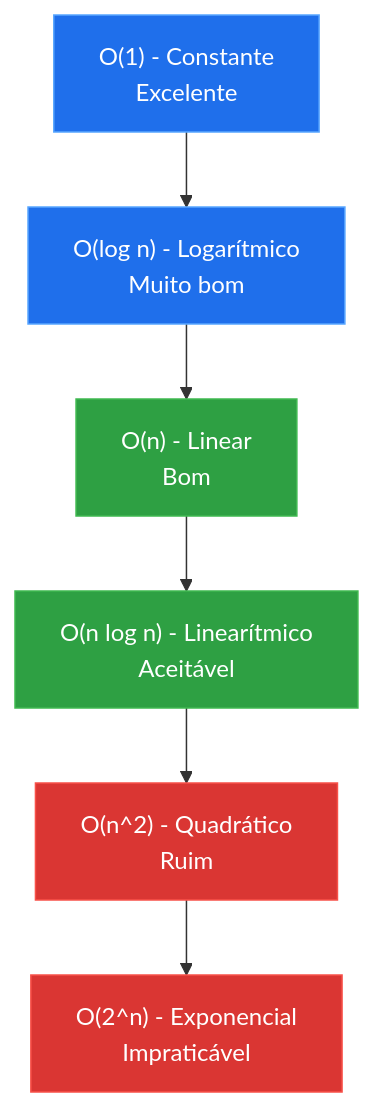
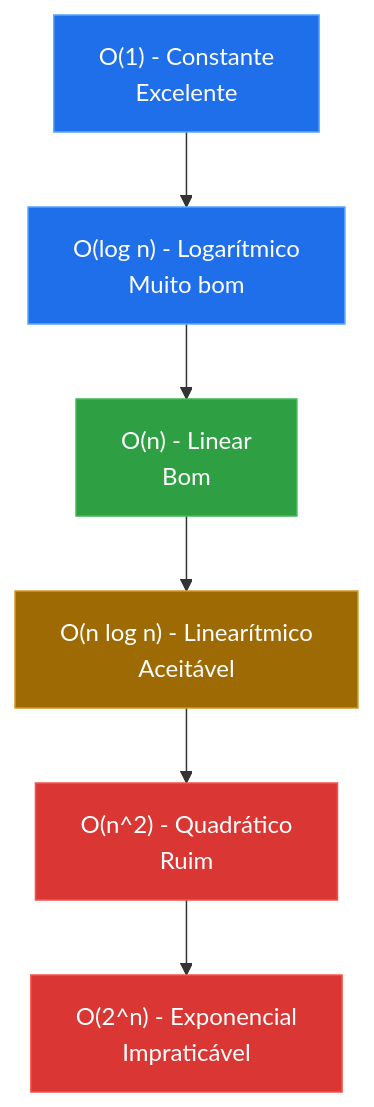
The first of 2 diagrams in site/src/content/posts/2026-04-03-2000-algoritmos-busca-ordenacao-com-big-o/index.md (nhmatsumoto/nhmatsumoto.github.io), drawn with Mermaid before and after one commit. The commit also changed other lines of this file and 11 other files, not shown here.

````diff
--- a/site/src/content/posts/2026-04-03-2000-algoritmos-busca-ordenacao-com-big-o/index.md
+++ b/site/src/content/posts/2026-04-03-2000-algoritmos-busca-ordenacao-com-big-o/index.md
@@ -30,17 +30,18 @@
 ```mermaid
 graph TD
     A["O(1) - Constante<br/>Excelente"] --> B["O(log n) - Logarítmico<br/>Muito bom"]
     B --> C["O(n) - Linear<br/>Bom"]
     C --> D["O(n log n) - Linearítmico<br/>Aceitável"]
     D --> E["O(n^2) - Quadrático<br/>Ruim"]
     E --> F["O(2^n) - Exponencial<br/>Impraticável"]
 
     classDef excelente fill:#1f6feb,stroke:#58a6ff,color:#fff
     classDef bom fill:#2ea043,stroke:#3fb950,color:#fff
     classDef aceitavel fill:#9e6a03,stroke:#d29922,color:#fff
     classDef ruim fill:#da3633,stroke:#f85149,color:#fff
 
     class A,B excelente
-    class C,D bom
+    class C bom
+    class D aceitavel
     class E,F ruim
 ```
````
